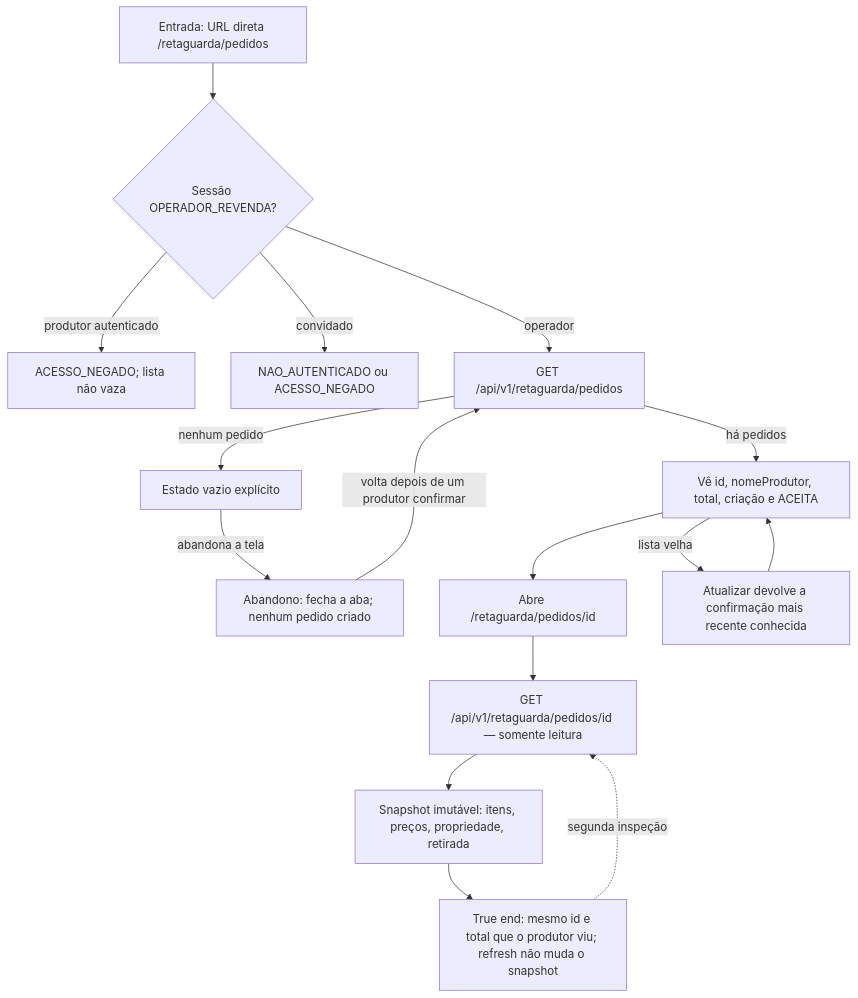
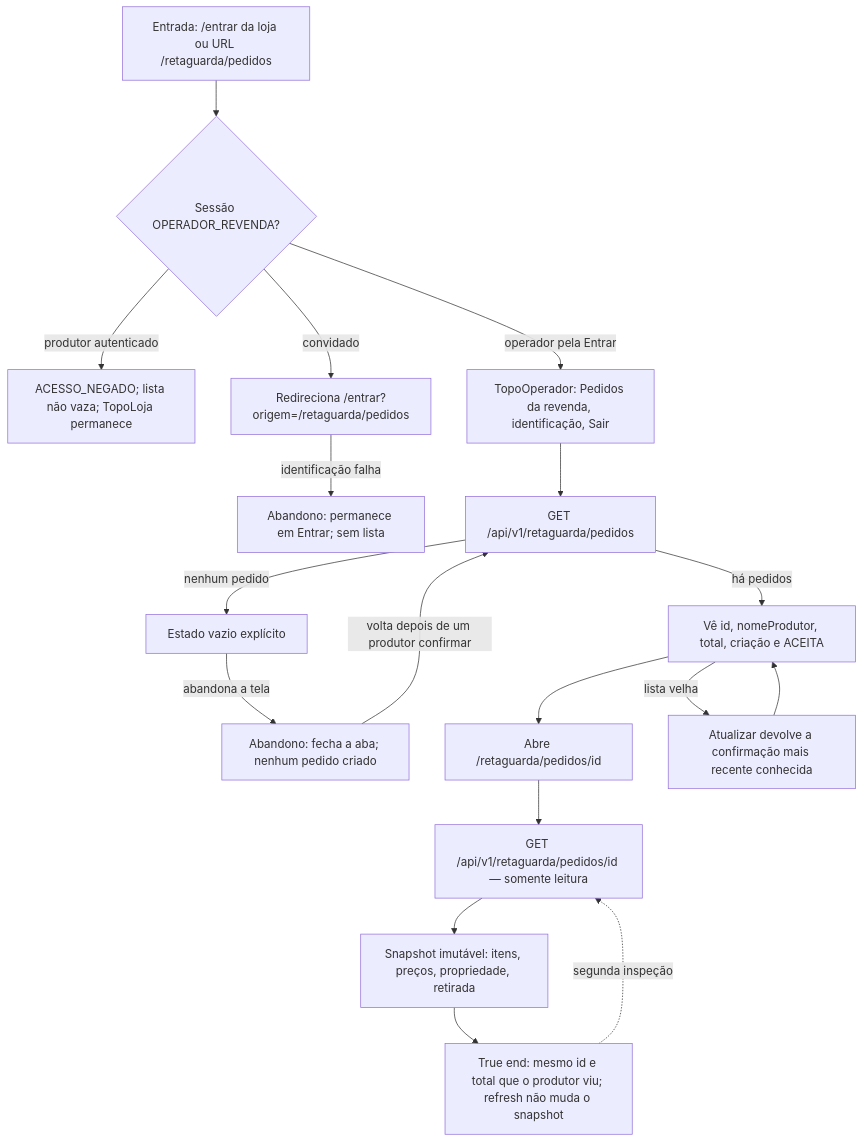
The diagram in docs/qa/journeys/J-operador-retaguarda.md (vicentepf78/pedido-produtor-rural), drawn with Mermaid before and after one commit. The commit also changed other lines of this file and 48 other files, not shown here.

````diff
--- a/docs/qa/journeys/J-operador-retaguarda.md
+++ b/docs/qa/journeys/J-operador-retaguarda.md
@@ -6,18 +6,20 @@
 ```mermaid
 flowchart TD
-    E[Entrada: URL direta /retaguarda/pedidos] --> A{Sessão OPERADOR_REVENDA?}
-    A -->|produtor autenticado| N1[ACESSO_NEGADO; lista não vaza]
-    A -->|convidado| N2[NAO_AUTENTICADO ou ACESSO_NEGADO]
-    A -->|operador| B[GET /api/v1/retaguarda/pedidos]
+    E[Entrada: /entrar da loja ou URL /retaguarda/pedidos] --> A{Sessão OPERADOR_REVENDA?}
+    A -->|produtor autenticado| N1[ACESSO_NEGADO; lista não vaza; TopoLoja permanece]
+    A -->|convidado| N2[Redireciona /entrar?origem=/retaguarda/pedidos]
+    N2 -->|identificação falha| X0[Abandono: permanece em Entrar; sem lista]
+    A -->|operador pela Entrar| A0[TopoOperador: Pedidos da revenda, identificação, Sair]
+    A0 --> B[GET /api/v1/retaguarda/pedidos]
     B -->|nenhum pedido| C[Estado vazio explícito]
     C -->|abandona a tela| X1[Abandono: fecha a aba; nenhum pedido criado]
     X1 -->|volta depois de um produtor confirmar| B
     B -->|há pedidos| D[Vê id, nomeProdutor, total, criação e ACEITA]
     D --> F[Abre /retaguarda/pedidos/id]
     F --> G[GET /api/v1/retaguarda/pedidos/id — somente leitura]
     G --> H[Snapshot imutável: itens, preços, propriedade, retirada]
     D -->|lista velha| D1[Atualizar devolve a confirmação mais recente conhecida]
     D1 --> D
     H --> I[True end: mesmo id e total que o produtor viu; refresh não muda o snapshot]
     I -.->|segunda inspeção| G
 ```
````
